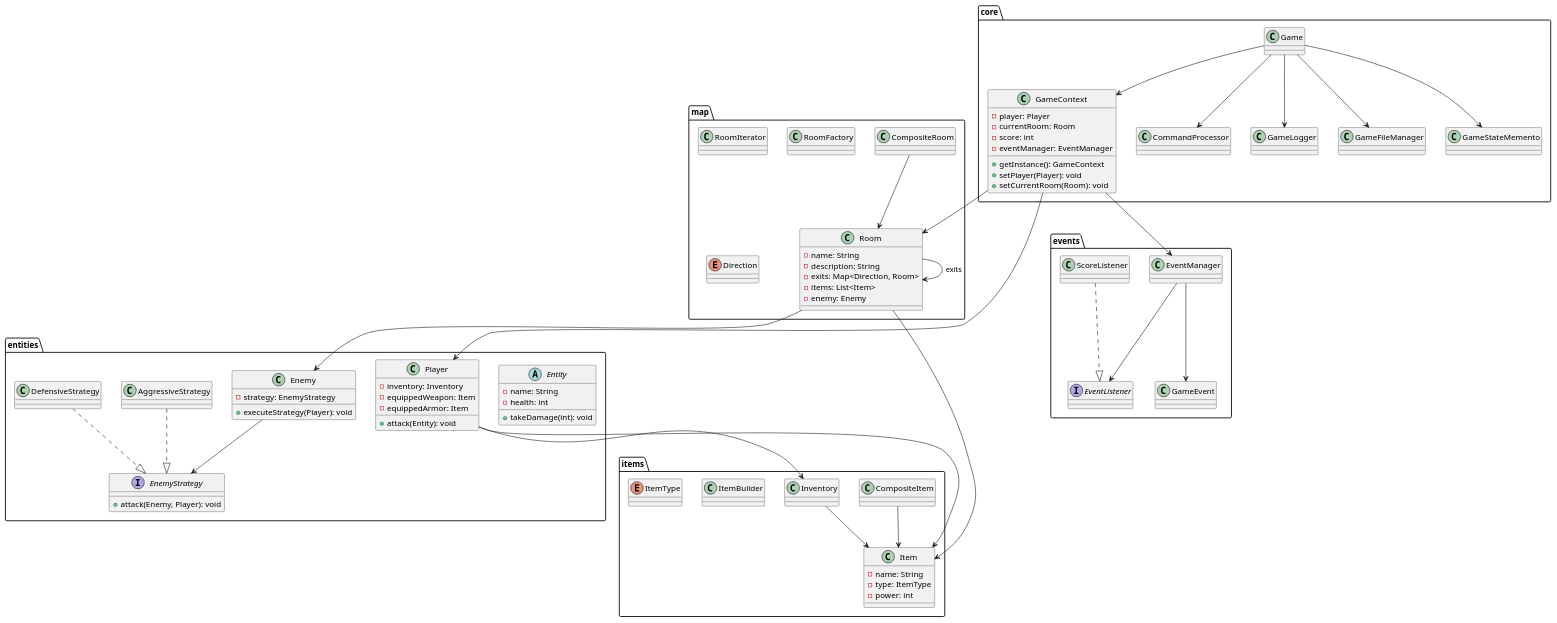
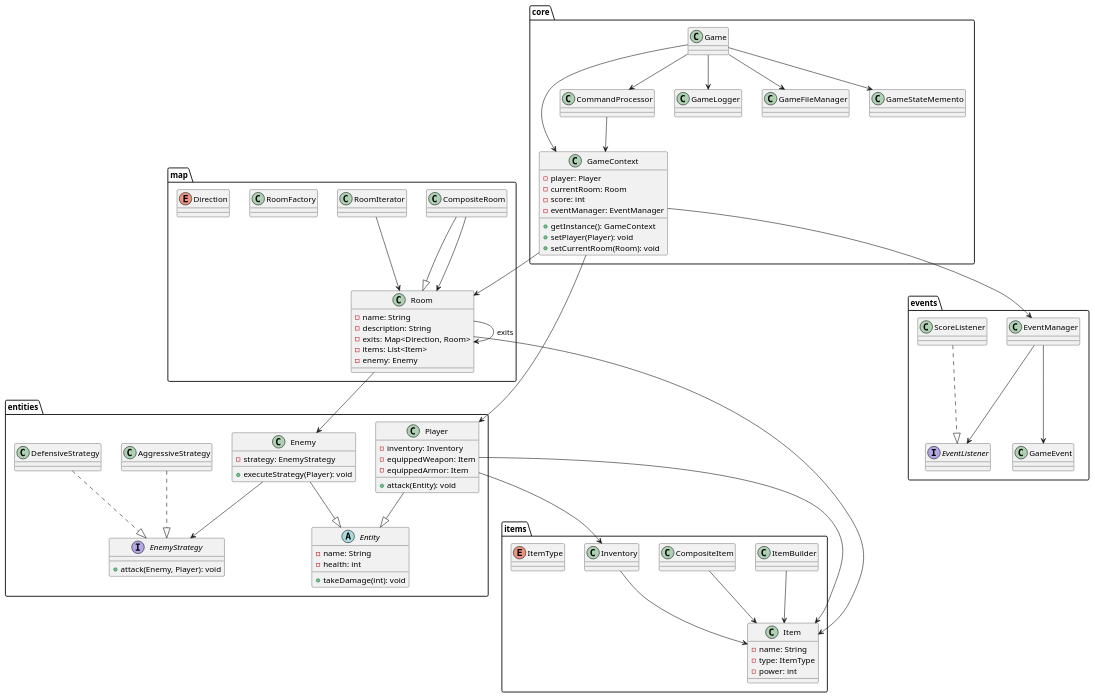
One commit to manfrinmarco/DungeonsExplorer changed the diagram in Diagrams/ClassDiagram.puml. Above: the diagram before and after it, drawn with PlantUML. The commit also changed 20 other files, not shown here.

Commit message:
diagrams done

```diff
--- a/Diagrams/ClassDiagram.puml
+++ b/Diagrams/ClassDiagram.puml
@@ -1,109 +1,117 @@
 @startuml ClassDiagram
 ' CLASS DIAGRAM — Dungeon Explorer
 
 package core {
   class GameContext {
     - player: Player
     - currentRoom: Room
     - score: int
     - eventManager: EventManager
     + getInstance(): GameContext
     + setPlayer(Player): void
     + setCurrentRoom(Room): void
   }
 
   class Game {}
   class CommandProcessor {}
   class GameLogger {}
   class GameFileManager {}
   class GameStateMemento {}
 }
 
 package entities {
   abstract class Entity {
     - name: String
     - health: int
     + takeDamage(int): void
   }
 
   class Player {
     - inventory: Inventory
     - equippedWeapon: Item
     - equippedArmor: Item
     + attack(Entity): void
   }
 
   class Enemy {
     - strategy: EnemyStrategy
     + executeStrategy(Player): void
   }
 
   interface EnemyStrategy {
     + attack(Enemy, Player): void
   }
 
   class AggressiveStrategy
   class DefensiveStrategy
 }
 
 package items {
   class Item {
     - name: String
     - type: ItemType
     - power: int
   }
 
   class CompositeItem
   class Inventory
   class ItemBuilder
   enum ItemType
 }
 
 package map {
   class Room {
     - name: String
     - description: String
     - exits: Map<Direction, Room>
     - items: List<Item>
     - enemy: Enemy
   }
 
   class CompositeRoom
   class RoomIterator
   class RoomFactory
   enum Direction
 }
 
 package events {
   class EventManager
   interface EventListener
   class GameEvent
   class ScoreListener
 }
 
 GameContext --> Player
 GameContext --> Room
 GameContext --> EventManager
 Game --> CommandProcessor
 Game --> GameContext
 Game --> GameLogger
 Game --> GameFileManager
 Game --> GameStateMemento
 
+CommandProcessor --> GameContext
+
+Player --|> Entity
+Enemy --|> Entity
 Player --> Inventory
 Player --> Item
 Enemy --> EnemyStrategy
 AggressiveStrategy ..|> EnemyStrategy
 DefensiveStrategy ..|> EnemyStrategy
 
 Inventory --> Item
 CompositeItem --> Item
+ItemBuilder --> Item
+
 Room --> Item
 Room --> Enemy
 Room --> Room : exits
+CompositeRoom --|> Room
 CompositeRoom --> Room
+RoomIterator --> Room
 
 EventManager --> EventListener
 EventManager --> GameEvent
 ScoreListener ..|> EventListener
 @enduml
```
